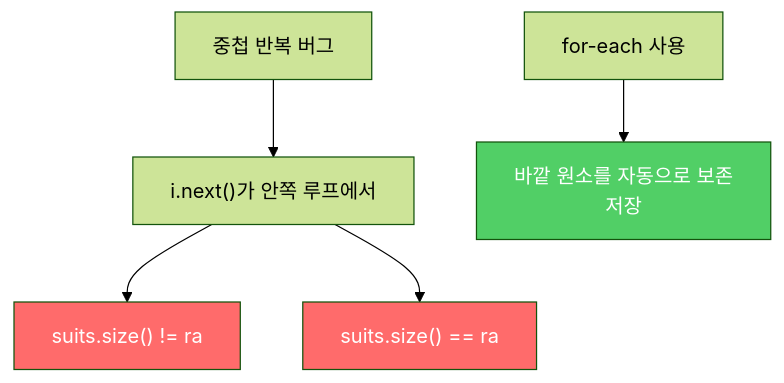
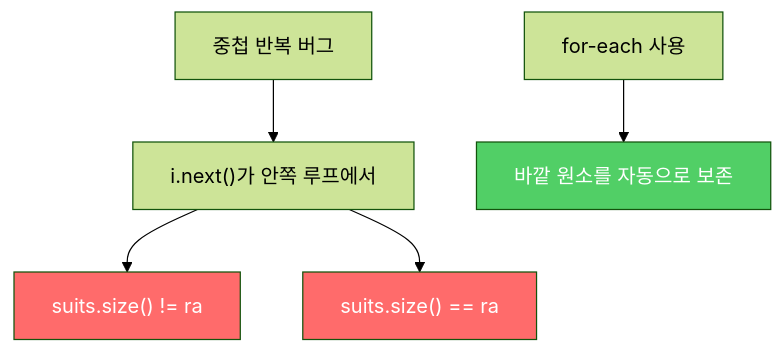
The diagram in _posts/java/2022-02-12-effective-java58.md (yjkim2015/yjkim2015.github.io), drawn with Mermaid (forest theme) before and after one commit. The commit also changed 217 other files, not shown here.

First line of the commit message:
Mermaid 크기 수정: useMaxWidth:true + SVG max-width:100% + 라벨 축소

````diff
--- a/_posts/java/2022-02-12-effective-java58.md
+++ b/_posts/java/2022-02-12-effective-java58.md
@@ -82,10 +82,10 @@
 ```mermaid
 graph TD
     A["중첩 반복 버그"] --> B["i.next()가 안쪽 루프에서"]
     B --> C["suits.size() != ra"]
     B --> D["suits.size() == ra"]
-    E["for-each 사용"] --> F["바깥 원소를 자동으로 보존\n저장"]
+    E["for-each 사용"] --> F["바깥 원소를 자동으로 보존"]
     style C fill:#ff6b6b,color:#fff
     style D fill:#ff6b6b,color:#fff
     style F fill:#51cf66,color:#fff
 ```
````
